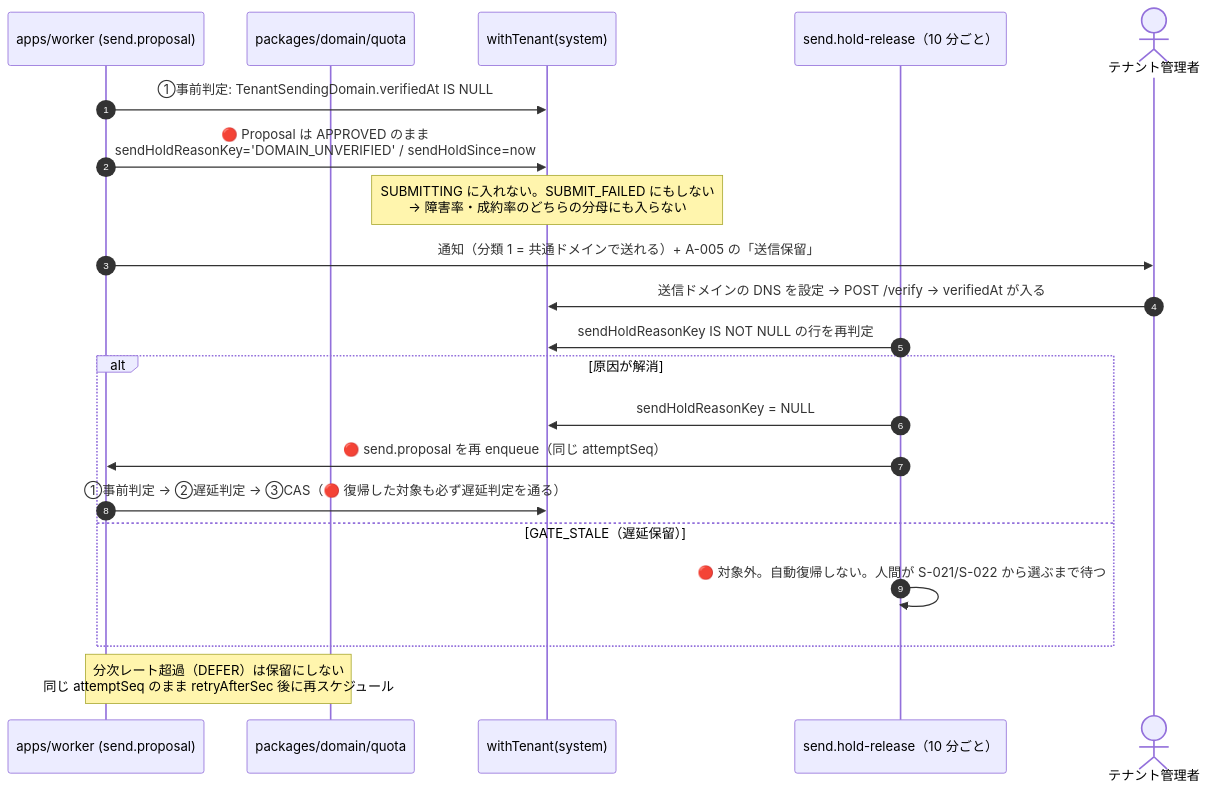
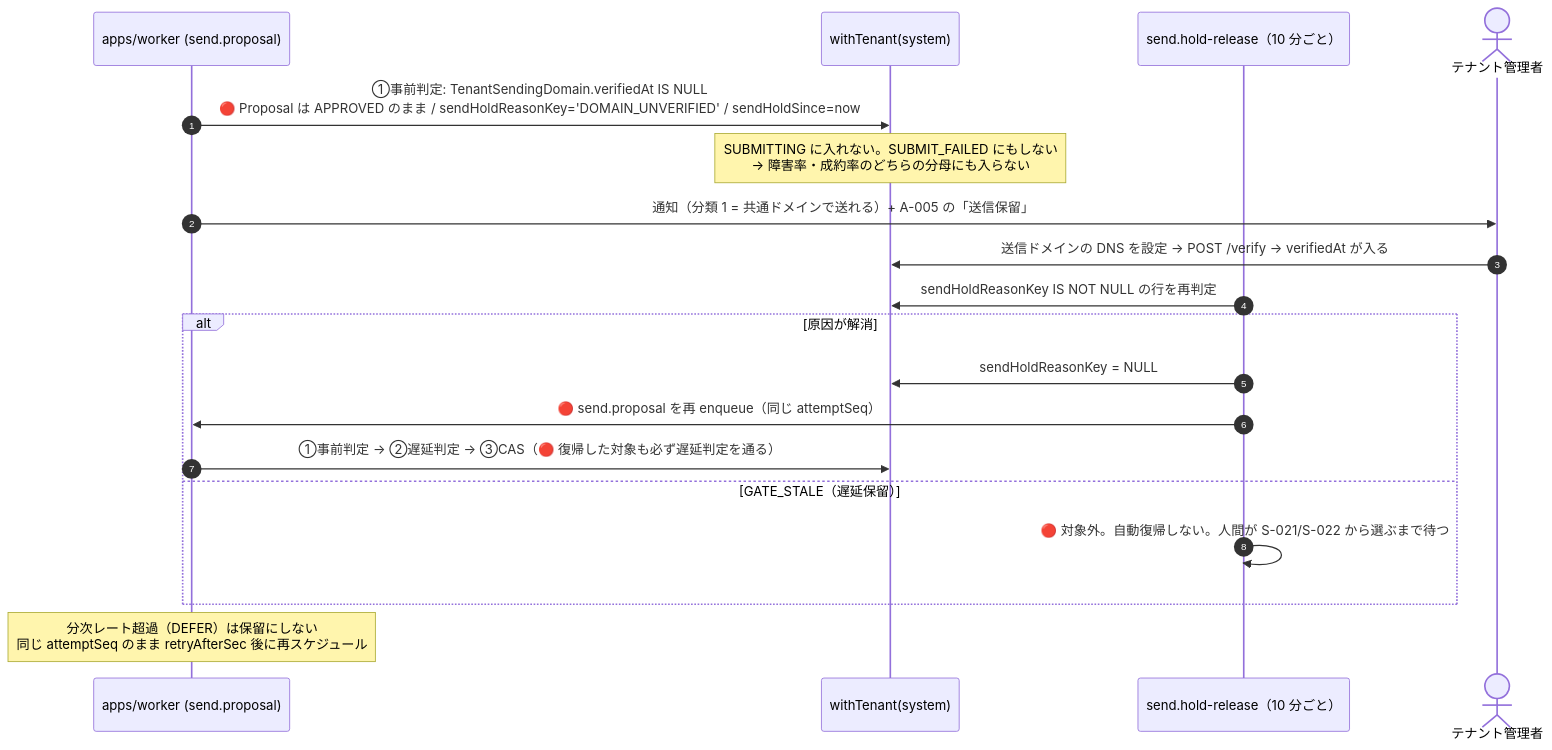
One commit to Festal-KM/SES-Platform changed the eighth of 8 diagrams in docs/05-program-design.md. Above: the diagram before and after it, drawn with Mermaid. The commit also changed other lines of this file and 1 other file, not shown here.

````diff
--- a/docs/05-program-design.md
+++ b/docs/05-program-design.md
@@ -3111,26 +3201,24 @@
 ```mermaid
 sequenceDiagram
   autonumber
   participant W as apps/worker (send.proposal)
-  participant DOM as packages/domain/quota
   participant DB as withTenant(system)
   participant HR as send.hold-release（10 分ごと）
   actor AD as テナント管理者
 
-  W->>DB: ①事前判定: TenantSendingDomain.verifiedAt IS NULL
-  W->>DB: 🔴 Proposal は APPROVED のまま<br/>sendHoldReasonKey='DOMAIN_UNVERIFIED' / sendHoldSince=now
+  W->>DB: ①事前判定: TenantSendingDomain.verifiedAt IS NULL<br/>🔴 Proposal は APPROVED のまま / sendHoldReasonKey='DOMAIN_UNVERIFIED' / sendHoldSince=now
   Note over DB: SUBMITTING に入れない。SUBMIT_FAILED にもしない<br/>→ 障害率・成約率のどちらの分母にも入らない
   W->>AD: 通知（分類 1 = 共通ドメインで送れる）+ A-005 の「送信保留」
 
   AD->>DB: 送信ドメインの DNS を設定 → POST /verify → verifiedAt が入る
   HR->>DB: sendHoldReasonKey IS NOT NULL の行を再判定
   alt 原因が解消
     HR->>DB: sendHoldReasonKey = NULL
     HR->>W: 🔴 send.proposal を再 enqueue（同じ attemptSeq）
     W->>DB: ①事前判定 → ②遅延判定 → ③CAS（🔴 復帰した対象も必ず遅延判定を通る）
   else GATE_STALE（遅延保留）
     HR->>HR: 🔴 対象外。自動復帰しない。人間が S-021/S-022 から選ぶまで待つ
   end
 
-  Note over W,DOM: 分次レート超過（DEFER）は保留にしない<br/>同じ attemptSeq のまま retryAfterSec 後に再スケジュール
+  Note over W: 分次レート超過（DEFER）は保留にしない<br/>同じ attemptSeq のまま retryAfterSec 後に再スケジュール
 ```
````
